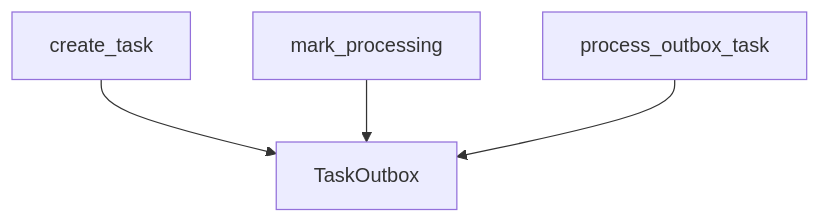
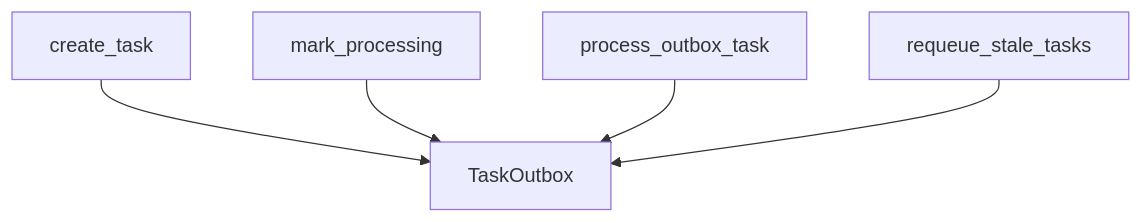
Before and after one commit to managervsop-blip/fastapi_project: the diagram in .codegraph/nodes/app_models_outbox_py_TaskOutbox.md, drawn with Mermaid. The commit also changed other lines of this file and 59 other files, not shown here.

````diff
--- a/.codegraph/nodes/app_models_outbox_py_TaskOutbox.md
+++ b/.codegraph/nodes/app_models_outbox_py_TaskOutbox.md
@@ -28,6 +28,7 @@
 ```mermaid
 flowchart TD
   core_outbox_py__create_task["create_task"] --> app_models_outbox_py__TaskOutbox["TaskOutbox"]
   core_outbox_py__mark_processing["mark_processing"] --> app_models_outbox_py__TaskOutbox["TaskOutbox"]
   worker_tasks_py__process_outbox_task["process_outbox_task"] --> app_models_outbox_py__TaskOutbox["TaskOutbox"]
+  worker_tasks_py__requeue_stale_tasks["requeue_stale_tasks"] --> app_models_outbox_py__TaskOutbox["TaskOutbox"]
 ```
````
